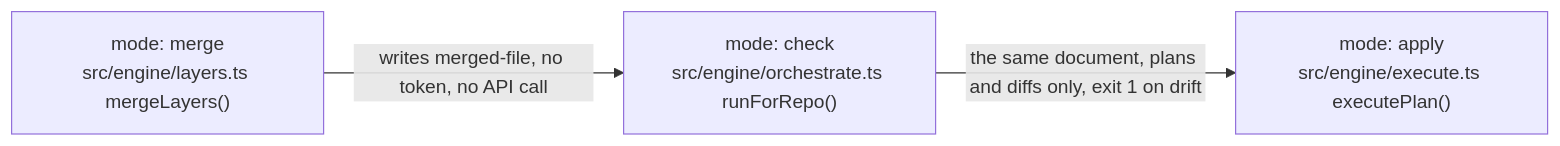
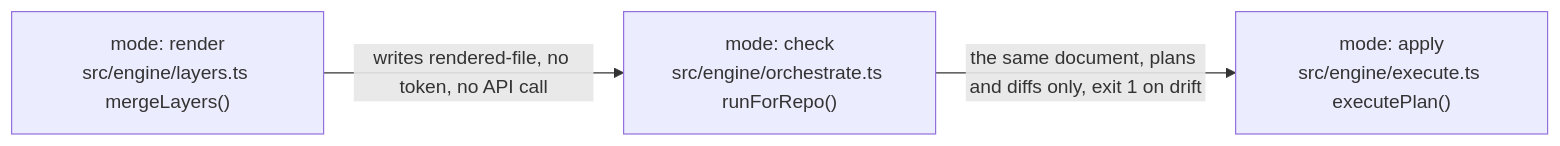
Before and after one commit to Vivswan/github-settings-as-code: the third of 8 diagrams in docs/reference/architecture.md, drawn with Mermaid. The commit also changed other lines of this file and 88 other files, not shown here.

````diff
--- a/docs/reference/architecture.md
+++ b/docs/reference/architecture.md
@@ -81,8 +81,8 @@
 ```mermaid
 flowchart LR
-  merge["mode: merge<br>src/engine/layers.ts mergeLayers()"]
+  merge["mode: render<br>src/engine/layers.ts mergeLayers()"]
   check["mode: check<br>src/engine/orchestrate.ts runForRepo()"]
   apply["mode: apply<br>src/engine/execute.ts executePlan()"]
-  merge -->|writes merged-file, no token, no API call| check
+  merge -->|writes rendered-file, no token, no API call| check
   check -->|the same document, plans and diffs only, exit 1 on drift| apply
 ```
````
